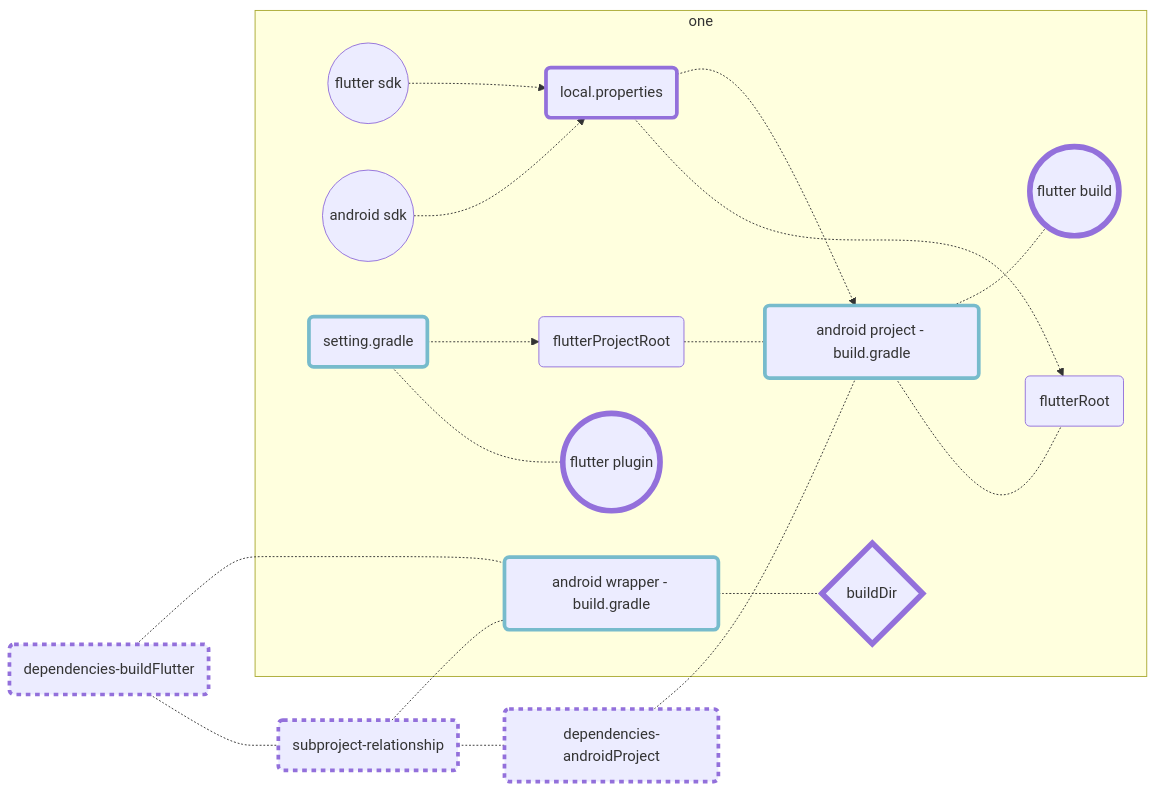
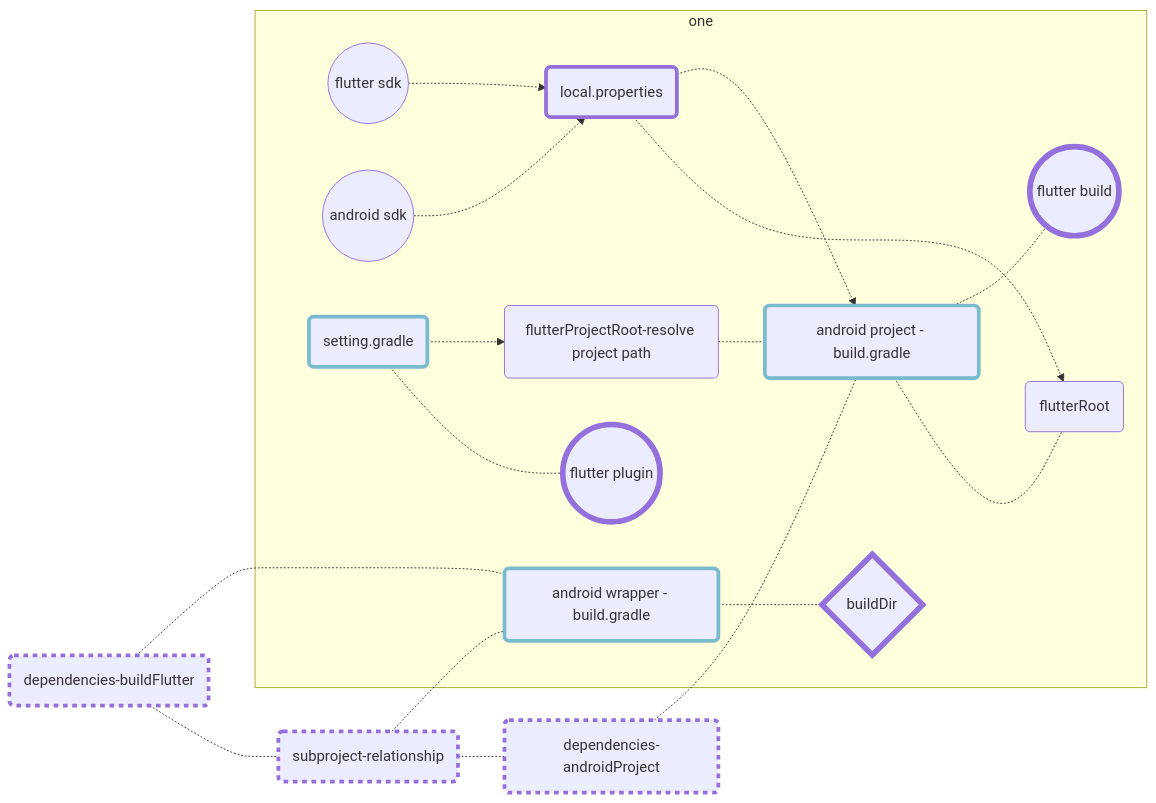
One commit to gordianknotC/nxp_note changed the first of 2 diagrams in flutter/addAndroidProjIntoFlutter.md. Above: the diagram before and after it, drawn with Mermaid. The commit also changed other lines of this file, not shown here.

Commit message:
flutter/addAndroidProjIntoFlutter.md updated from https://stackedit.io/

````diff
--- a/flutter/addAndroidProjIntoFlutter.md
+++ b/flutter/addAndroidProjIntoFlutter.md
@@ -241,56 +229,56 @@
 ```mermaid
 graph LR
 	fdk((flutter sdk))
 	adk((android sdk))
 	
 	dfb{buildDir}
 	fbuild((flutter build))
 	fpgn((flutter plugin))
 	style fbuild stroke-width:6px   
 	style fpgn stroke-width:6px 
 	style dfb stroke-width:6px 
 	
 	loc(local.properties)
 	style loc stroke-width:4px   
 	
 	set(setting.gradle)
 	b1(android wrapper - build.gradle)
 	b2(android project - build.gradle)
 	style b1 stroke-width:4px, stroke:#7bc
 	style b2 stroke-width:4px, stroke:#7bc
 	style set stroke-width:4px, stroke:#7bc
 
 	dfr(flutterRoot)
-	dfp(flutterProjectRoot)
+	dfp(flutterProjectRoot-resolve project path)
 	
 	
 	dandroid(dependencies-androidProject)
 	dflutter(dependencies-buildFlutter)
 	dsub(subproject-relationship)
 	style dandroid stroke-width:4px, stroke-dasharray: 5
 	style dflutter stroke-width:4px, stroke-dasharray: 5
 	style dsub stroke-width:4px, stroke-dasharray: 5
 	
 	
 subgraph one
 	b2 -.- fbuild
 	fdk -.-> loc
 	adk -.-> loc
 	loc -.-> b2
 	loc -.-> dfr
 	b2 -.- dfr
 	dfp -.- b2
 	set-.->dfp
 	set -.- fpgn
 	
 	b1 -.- dfb
 end
 
 
 	dandroid -.- b2
 	dflutter -.- b1
 	dsub -.- b1
 	dflutter -.- dsub
 	dsub-.- dandroid
 
 ```
````
